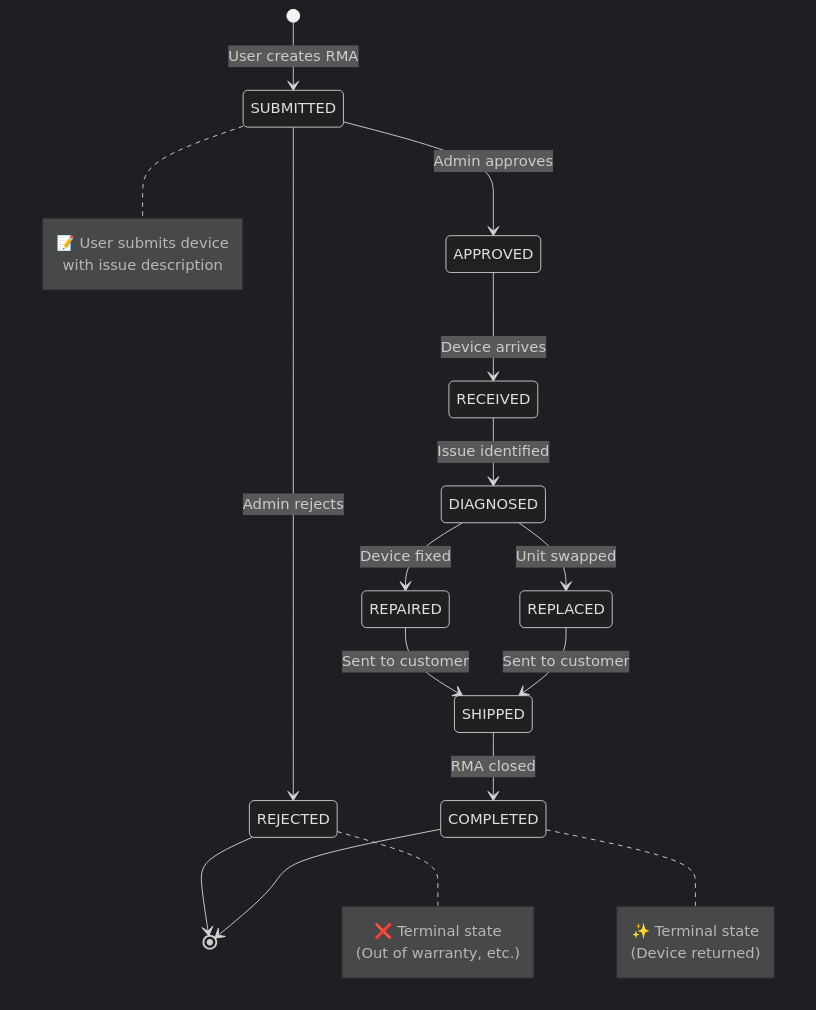
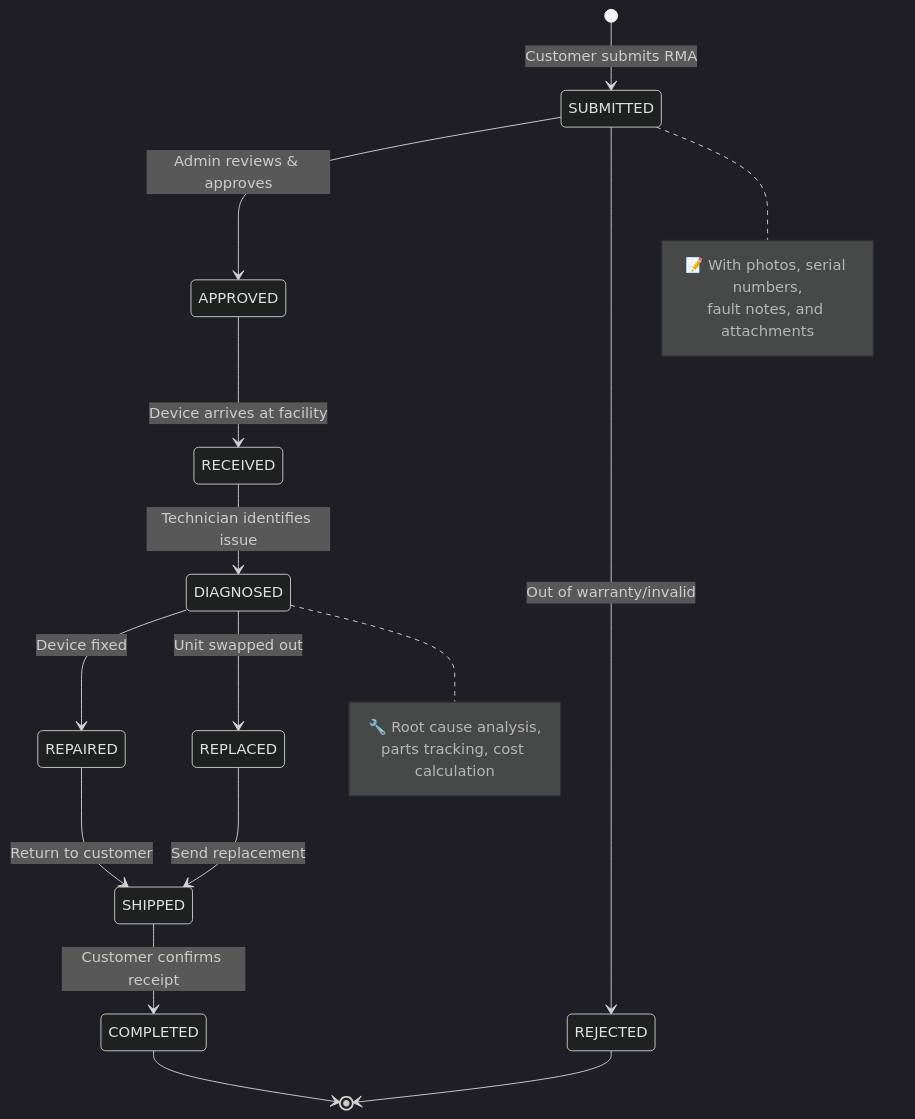
The first of 4 diagrams in README.md (losomode/RMAinator), drawn with Mermaid (dark theme) before and after one commit. The commit also changed other lines of this file, not shown here.

````diff
--- a/README.md
+++ b/README.md
@@ -79,30 +15,25 @@
 ```mermaid
 stateDiagram-v2
-    [*] --> SUBMITTED: User creates RMA
-    SUBMITTED --> APPROVED: Admin approves
-    SUBMITTED --> REJECTED: Admin rejects
-    APPROVED --> RECEIVED: Device arrives
-    RECEIVED --> DIAGNOSED: Issue identified
+    [*] --> SUBMITTED: Customer submits RMA
+    SUBMITTED --> APPROVED: Admin reviews & approves
+    SUBMITTED --> REJECTED: Out of warranty/invalid
+    APPROVED --> RECEIVED: Device arrives at facility
+    RECEIVED --> DIAGNOSED: Technician identifies issue
     DIAGNOSED --> REPAIRED: Device fixed
-    DIAGNOSED --> REPLACED: Unit swapped
-    REPAIRED --> SHIPPED: Sent to customer
-    REPLACED --> SHIPPED: Sent to customer
-    SHIPPED --> COMPLETED: RMA closed
+    DIAGNOSED --> REPLACED: Unit swapped out
+    REPAIRED --> SHIPPED: Return to customer
+    REPLACED --> SHIPPED: Send replacement
+    SHIPPED --> COMPLETED: Customer confirms receipt
     REJECTED --> [*]
     COMPLETED --> [*]
     
     note right of SUBMITTED
-        📝 User submits device
-        with issue description
+        📝 With photos, serial numbers,
+        fault notes, and attachments
     end note
     
-    note right of REJECTED
-        ❌ Terminal state
-        (Out of warranty, etc.)
-    end note
-    
-    note right of COMPLETED
-        ✨ Terminal state
-        (Device returned)
+    note right of DIAGNOSED
+        🔧 Root cause analysis,
+        parts tracking, cost calculation
     end note
 ```
````
